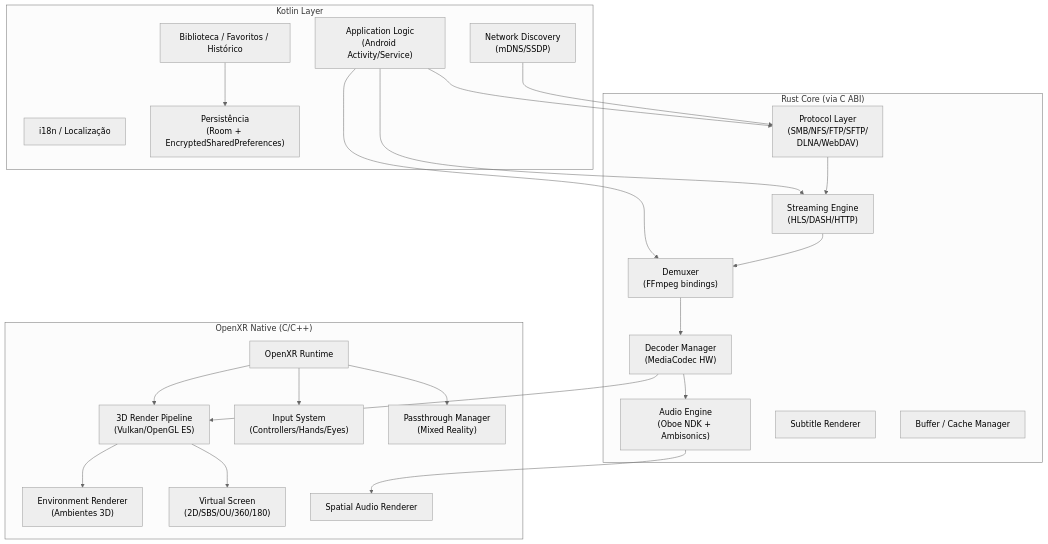
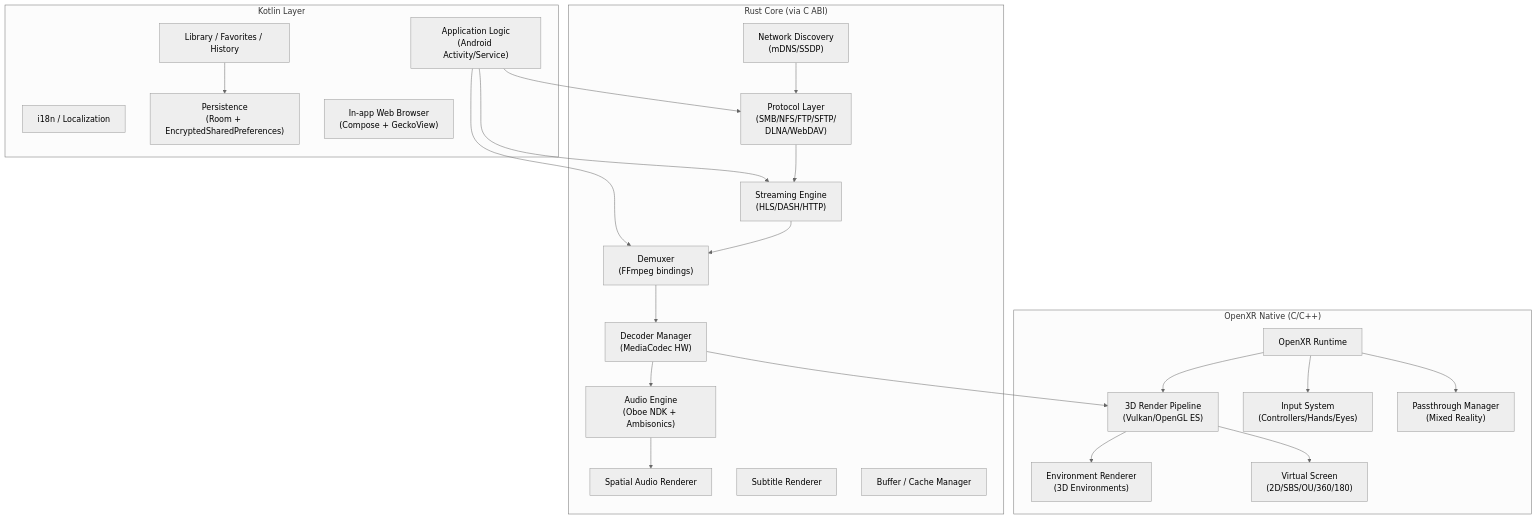
One commit to BGLuis/tucaVR changed the diagram in docs/REQUIREMENTS.md. Above: the diagram before and after it, drawn with Mermaid (neutral theme). The commit also changed other lines of this file and 4 other files, not shown here.

````diff
--- a/docs/REQUIREMENTS.md
+++ b/docs/REQUIREMENTS.md
@@ -25,47 +26,48 @@
 ```mermaid
 graph TB
     subgraph "Kotlin Layer"
         APP["Application Logic<br/>(Android Activity/Service)"]
-        I18N["i18n / Localização"]
-        PERSIST["Persistência<br/>(Room + EncryptedSharedPreferences)"]
-        NET_DISC["Network Discovery<br/>(mDNS/SSDP)"]
-        LIB["Biblioteca / Favoritos / Histórico"]
+        I18N["i18n / Localization"]
+        PERSIST["Persistence<br/>(Room + EncryptedSharedPreferences)"]
+        BROWSER["In-app Web Browser<br/>(Compose + GeckoView)"]
+        LIB["Library / Favorites / History"]
     end
 
     subgraph "Rust Core (via C ABI)"
         DEMUX["Demuxer<br/>(FFmpeg bindings)"]
         DECODE["Decoder Manager<br/>(MediaCodec HW)"]
         AUDIO["Audio Engine<br/>(Oboe NDK + Ambisonics)"]
+        SPATIAL["Spatial Audio Renderer"]
         STREAM["Streaming Engine<br/>(HLS/DASH/HTTP)"]
         PROTO["Protocol Layer<br/>(SMB/NFS/FTP/SFTP/<br/>DLNA/WebDAV)"]
+        NET_DISC["Network Discovery<br/>(mDNS/SSDP)"]
         SUBS["Subtitle Renderer"]
         CACHE["Buffer / Cache Manager"]
     end
 
     subgraph "OpenXR Native (C/C++)"
         XR["OpenXR Runtime"]
         RENDER["3D Render Pipeline<br/>(Vulkan/OpenGL ES)"]
-        ENV["Environment Renderer<br/>(Ambientes 3D)"]
+        ENV["Environment Renderer<br/>(3D Environments)"]
         SCREEN["Virtual Screen<br/>(2D/SBS/OU/360/180)"]
         INPUT["Input System<br/>(Controllers/Hands/Eyes)"]
-        SPATIAL["Spatial Audio Renderer"]
         PASS["Passthrough Manager<br/>(Mixed Reality)"]
     end
 
     APP --> DEMUX
     APP --> STREAM
     APP --> PROTO
     NET_DISC --> PROTO
     DEMUX --> DECODE
     DECODE --> RENDER
     DECODE --> AUDIO
     AUDIO --> SPATIAL
     STREAM --> DEMUX
     PROTO --> STREAM
     XR --> RENDER
     XR --> INPUT
     XR --> PASS
     RENDER --> ENV
     RENDER --> SCREEN
     LIB --> PERSIST
 ```
````
